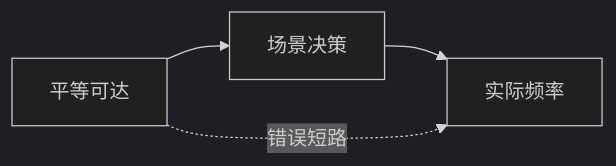
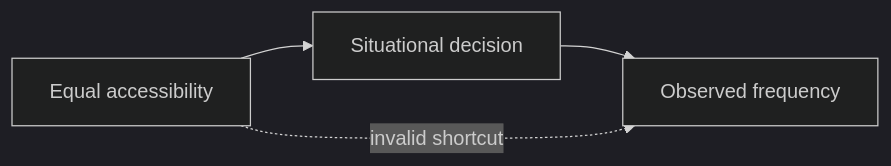
The second of 3 diagrams in README.md (Keynes243/NSE-Manifold), drawn with Mermaid (dark theme) before and after one commit. The commit also changed other lines of this file, not shown here.

````diff
--- a/README.md
+++ b/README.md
@@ -149,6 +148,6 @@
 ```mermaid
 flowchart LR
-    A["平等可达"] --> D["场景决策"]
-    D --> F["实际频率"]
-    A -.->|错误短路| F
+    A["Equal accessibility"] --> D["Situational decision"]
+    D --> F["Observed frequency"]
+    A -.->|invalid shortcut| F
 ```
````
